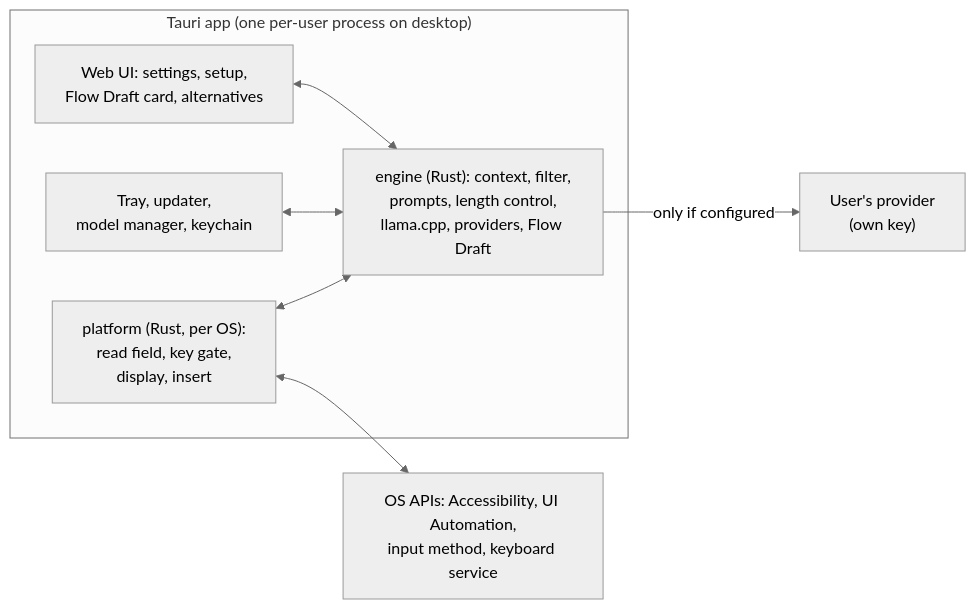
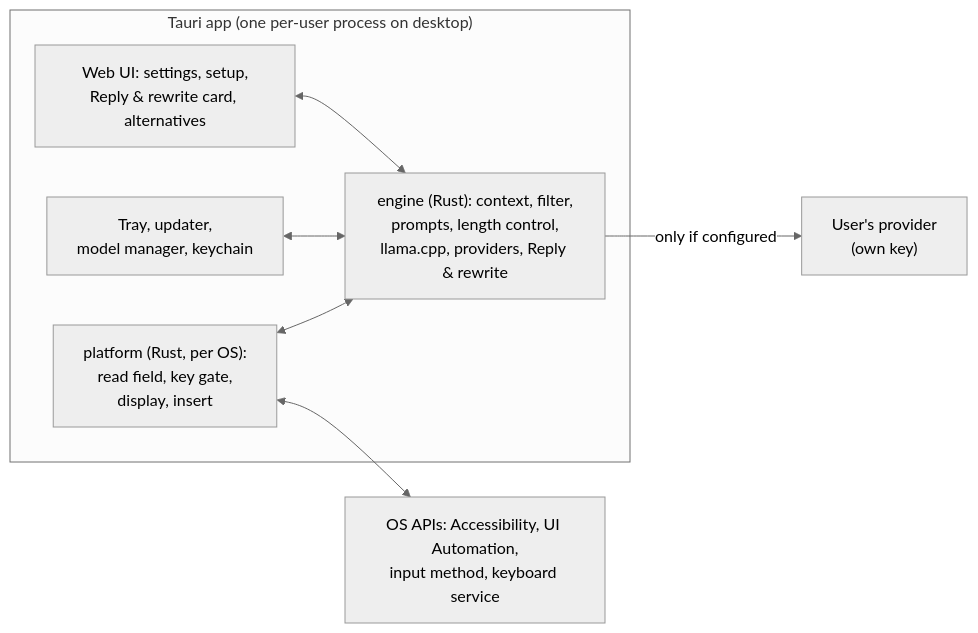
Before and after one commit to saatvik333/ghostcaret: the first of 3 diagrams in docs/architecture.md, drawn with Mermaid (neutral theme). The commit also changed other lines of this file and 2 other files, not shown here.

Commit message:
docs: rename to Ghostcaret and Reply & rewrite; update build order and cloud key handling

````diff
--- a/docs/architecture.md
+++ b/docs/architecture.md
@@ -14,14 +14,14 @@
 ```mermaid
 flowchart LR
   subgraph App["Tauri app (one per-user process on desktop)"]
-    UI["Web UI: settings, setup,<br/>Flow Draft card, alternatives"]
+    UI["Web UI: settings, setup,<br/>Reply & rewrite card, alternatives"]
     TRAY[Tray, updater,<br/>model manager, keychain]
-    ENG["engine (Rust): context, filter,<br/>prompts, length control,<br/>llama.cpp, providers, Flow Draft"]
+    ENG["engine (Rust): context, filter,<br/>prompts, length control,<br/>llama.cpp, providers, Reply & rewrite"]
     PLAT["platform (Rust, per OS):<br/>read field, key gate,<br/>display, insert"]
     UI <--> ENG
     TRAY <--> ENG
     PLAT <--> ENG
   end
   PLAT <--> OS["OS APIs: Accessibility, UI Automation,<br/>input method, keyboard service"]
   ENG -->|only if configured| CLOUD["User's provider<br/>(own key)"]
 ```
````
